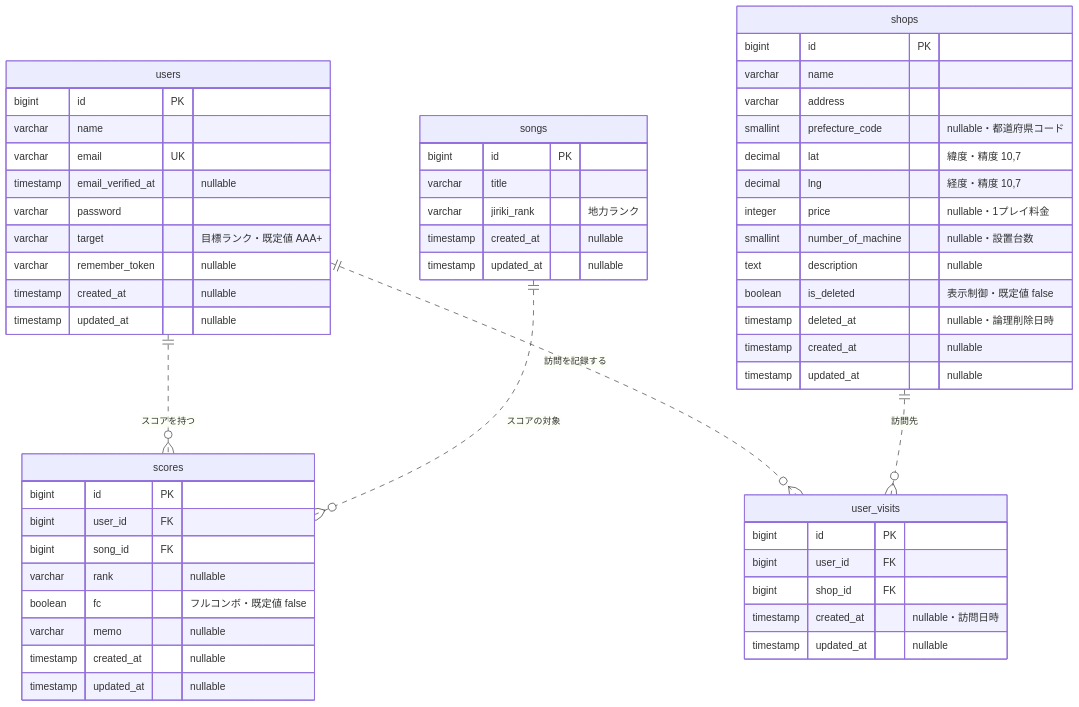
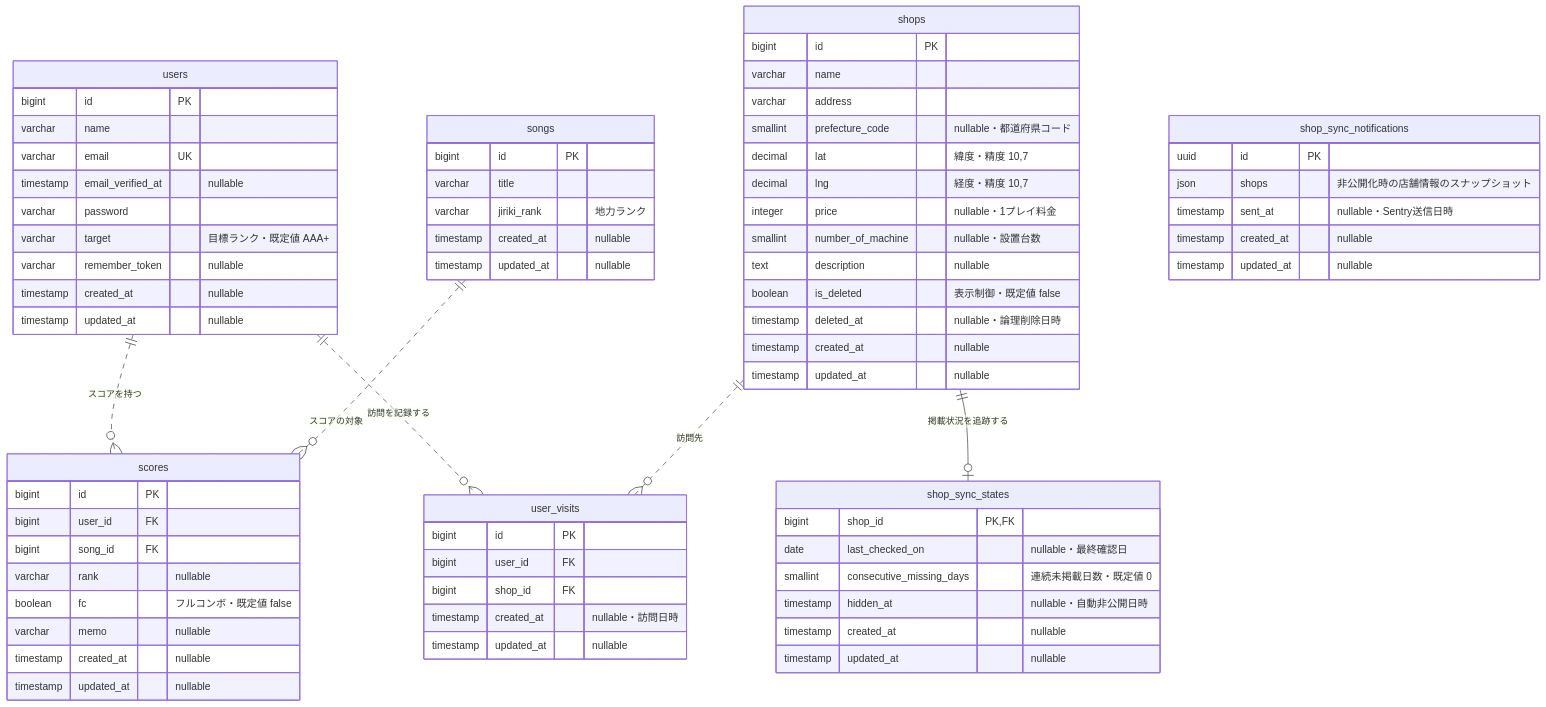
The diagram in README.md (misato729/rbplus-rank-manager), drawn with Mermaid before and after one commit. The commit also changed other lines of this file and 2 other files, not shown here.

Commit message:
docs: align overview with current architecture and features

````diff
--- a/README.md
+++ b/README.md
@@ -70,62 +92,80 @@
 ```mermaid
 erDiagram
     users ||..o{ scores : "スコアを持つ"
     songs ||..o{ scores : "スコアの対象"
     users ||..o{ user_visits : "訪問を記録する"
     shops ||..o{ user_visits : "訪問先"
+    shops ||--o| shop_sync_states : "掲載状況を追跡する"
 
     users {
         bigint id PK
         varchar name
         varchar email UK
         timestamp email_verified_at "nullable"
         varchar password
         varchar target "目標ランク・既定値 AAA+"
         varchar remember_token "nullable"
         timestamp created_at "nullable"
         timestamp updated_at "nullable"
     }
 
     songs {
         bigint id PK
         varchar title
         varchar jiriki_rank "地力ランク"
         timestamp created_at "nullable"
         timestamp updated_at "nullable"
     }
 
     scores {
         bigint id PK
         bigint user_id FK
         bigint song_id FK
         varchar rank "nullable"
         boolean fc "フルコンボ・既定値 false"
         varchar memo "nullable"
         timestamp created_at "nullable"
         timestamp updated_at "nullable"
     }
 
     shops {
         bigint id PK
         varchar name
         varchar address
         smallint prefecture_code "nullable・都道府県コード"
         decimal lat "緯度・精度 10,7"
         decimal lng "経度・精度 10,7"
         integer price "nullable・1プレイ料金"
         smallint number_of_machine "nullable・設置台数"
         text description "nullable"
         boolean is_deleted "表示制御・既定値 false"
         timestamp deleted_at "nullable・論理削除日時"
         timestamp created_at "nullable"
         timestamp updated_at "nullable"
     }
 
     user_visits {
         bigint id PK
         bigint user_id FK
         bigint shop_id FK
         timestamp created_at "nullable・訪問日時"
         timestamp updated_at "nullable"
     }
+
+    shop_sync_states {
+        bigint shop_id PK, FK
+        date last_checked_on "nullable・最終確認日"
+        smallint consecutive_missing_days "連続未掲載日数・既定値 0"
+        timestamp hidden_at "nullable・自動非公開日時"
+        timestamp created_at "nullable"
+        timestamp updated_at "nullable"
+    }
+
+    shop_sync_notifications {
+        uuid id PK
+        json shops "非公開化時の店舗情報のスナップショット"
+        timestamp sent_at "nullable・Sentry送信日時"
+        timestamp created_at "nullable"
+        timestamp updated_at "nullable"
+    }
 ```
````
